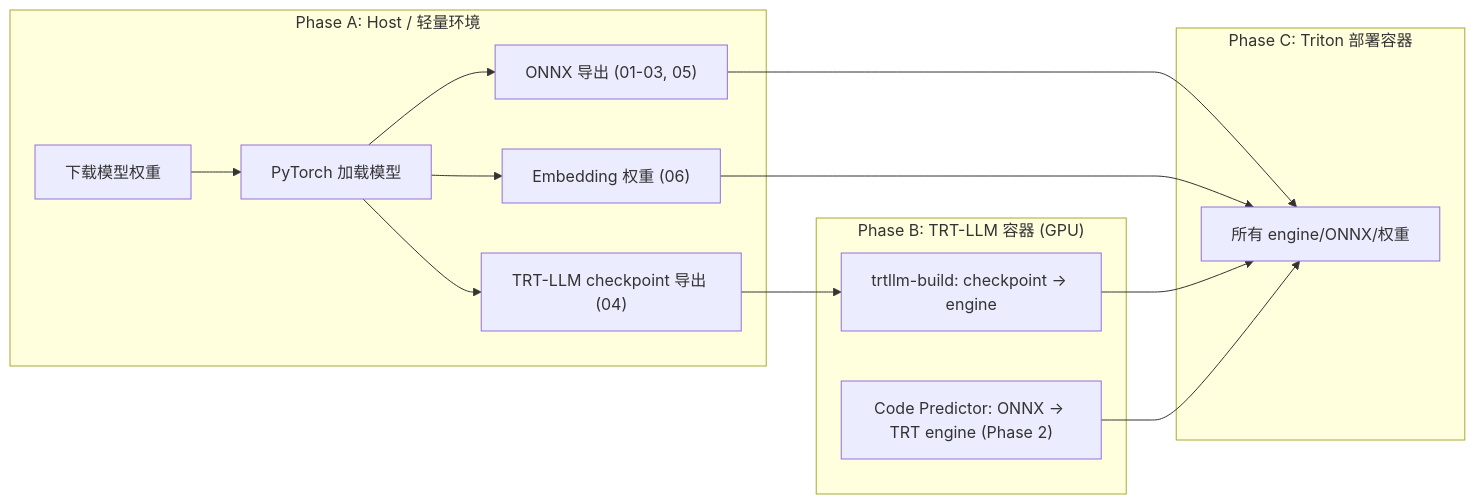
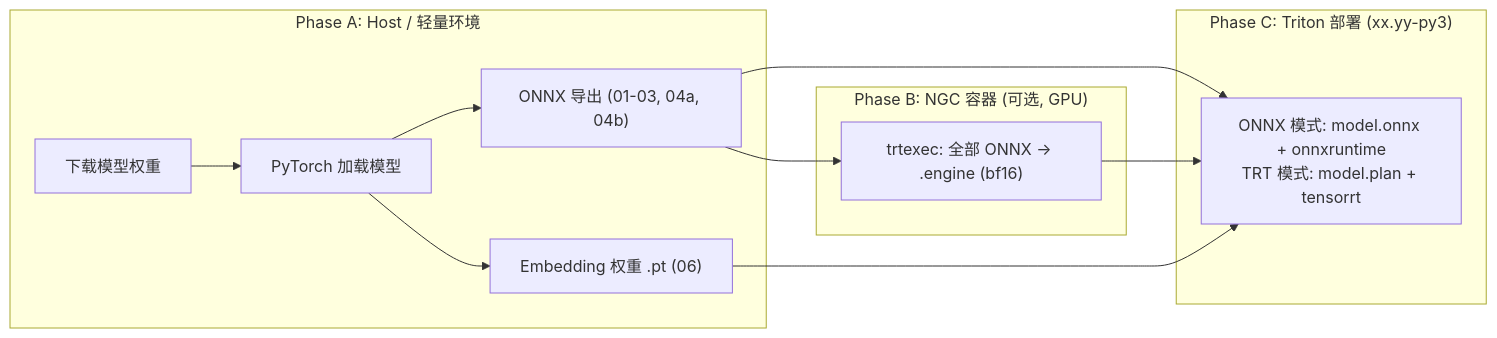
The diagram in docs/architecture.md (wwe-boop/test_stateful), drawn with Mermaid before and after one commit. The commit also changed other lines of this file and 31 other files, not shown here.

Commit message:
[change] change plan to use pure tensorrt; merge backbone & code predictor

````diff
--- a/docs/architecture.md
+++ b/docs/architecture.md
@@ -1982,24 +1960,21 @@
 ```mermaid
 flowchart LR
     subgraph hostPhase [Phase A: Host / 轻量环境]
         A1[下载模型权重] --> A2[PyTorch 加载模型]
-        A2 --> A3["ONNX 导出 (01-03, 05)"]
-        A2 --> A4["TRT-LLM checkpoint 导出 (04)"]
-        A2 --> A5["Embedding 权重 (06)"]
+        A2 --> A3["ONNX 导出 (01-03, 04a, 04b)"]
+        A2 --> A5["Embedding 权重 .pt (06)"]
     end
 
-    subgraph trtPhase ["Phase B: TRT-LLM 容器 (GPU)"]
-        B1["trtllm-build: checkpoint → engine"]
-        B2["Code Predictor: ONNX → TRT engine (Phase 2)"]
+    subgraph trtPhase ["Phase B: NGC 容器 (可选, GPU)"]
+        B1["trtexec: 全部 ONNX → .engine (bf16)"]
     end
 
     A3 --> deployReady
-    A4 --> B1
+    A3 --> B1
     A5 --> deployReady
     B1 --> deployReady
-    B2 --> deployReady
 
-    subgraph deployPhase [Phase C: Triton 部署容器]
-        deployReady[所有 engine/ONNX/权重]
+    subgraph deployPhase ["Phase C: Triton 部署 (xx.yy-py3)"]
+        deployReady["ONNX 模式: model.onnx + onnxruntime<br/>TRT 模式: model.plan + tensorrt"]
     end
 ```
````
